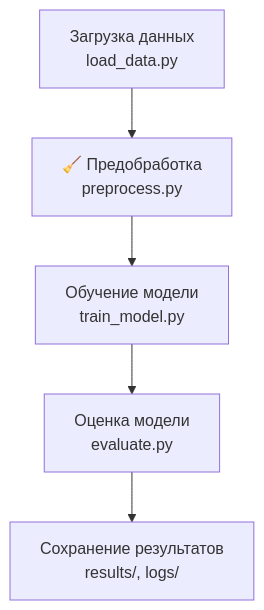
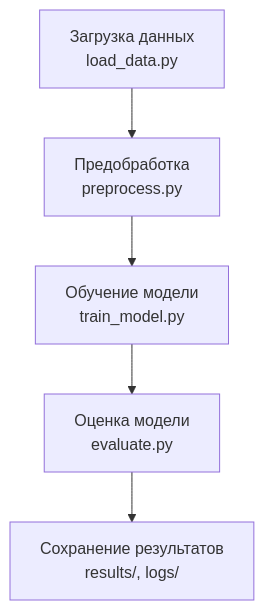
Before and after one commit to Nadarsa/data_science: the diagram in MIPT_exams/data_engineering/README.md, drawn with Mermaid. The commit also changed other lines of this file, not shown here.

Commit message:
Data Engineering Exam added

````diff
--- a/MIPT_exams/data_engineering/README.md
+++ b/MIPT_exams/data_engineering/README.md
@@ -26,7 +26,7 @@
 ```mermaid
 graph TD
-    A[Загрузка данных<br>load_data.py] --> B[🧹 Предобработка<br>preprocess.py]
+    A[Загрузка данных<br>load_data.py] --> B[Предобработка<br>preprocess.py]
     B --> C[Обучение модели<br>train_model.py]
     C --> D[Оценка модели<br>evaluate.py]
     D --> E[Сохранение результатов<br>results/, logs/]
 ```
````
